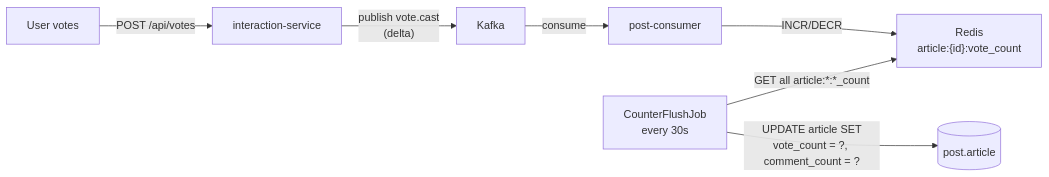
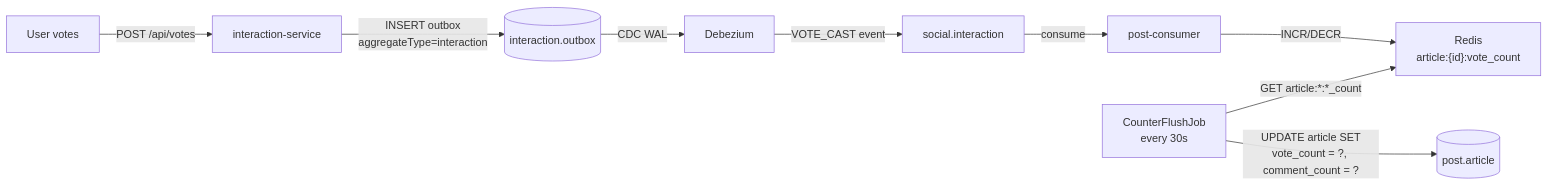
The fifth of 6 diagrams in specs/be-overview.md (nguyen-tri-nhan/mini-social-network), drawn with Mermaid before and after one commit. The commit also changed other lines of this file and 12 other files, not shown here.

````diff
--- a/specs/be-overview.md
+++ b/specs/be-overview.md
@@ -126,10 +204,12 @@
 ```mermaid
 flowchart LR
     Vote["User votes"] -->|"POST /api/votes"| IS["interaction-service"]
-    IS -->|"publish vote.cast\n(delta)"| K["Kafka"]
+    IS -->|"INSERT outbox\naggregateType=interaction"| DB[("interaction.outbox")]
+    DB -->|"CDC WAL"| DEZ["Debezium"]
+    DEZ -->|"VOTE_CAST event"| K["social.interaction"]
     K -->|"consume"| PC["post-consumer"]
     PC -->|"INCR/DECR"| R["Redis\narticle:{id}:vote_count"]
 
-    Job["CounterFlushJob\nevery 30s"] -->|"GET all article:*:*_count"| R
-    Job -->|"UPDATE article SET\nvote_count = ?, comment_count = ?"| DB[("post.article")]
+    Job["CounterFlushJob\nevery 30s"] -->|"GET article:*:*_count"| R
+    Job -->|"UPDATE article SET\nvote_count = ?, comment_count = ?"| PG[("post.article")]
 ```
````
